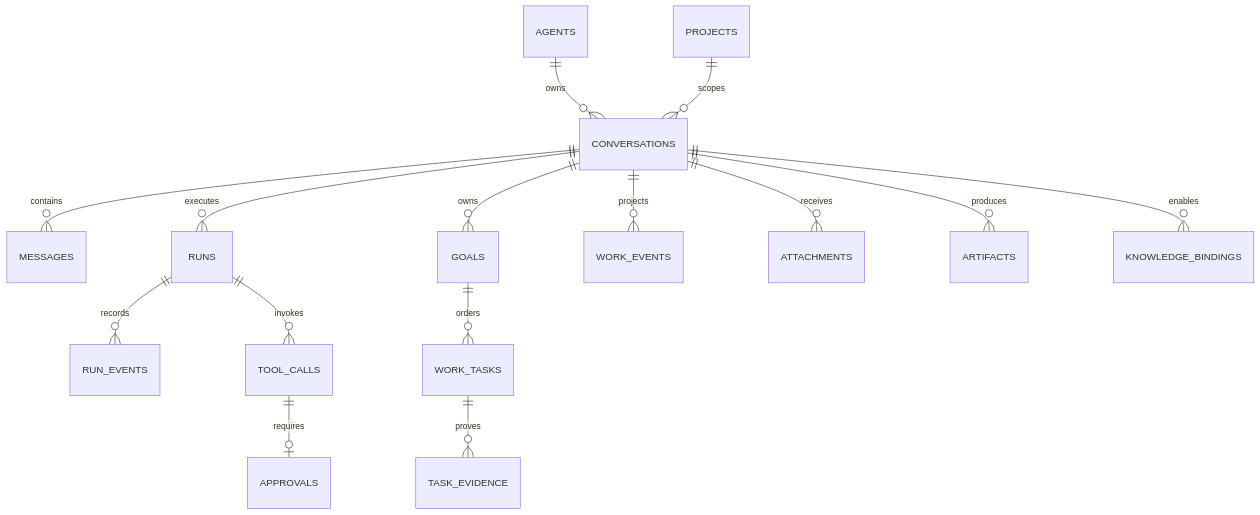
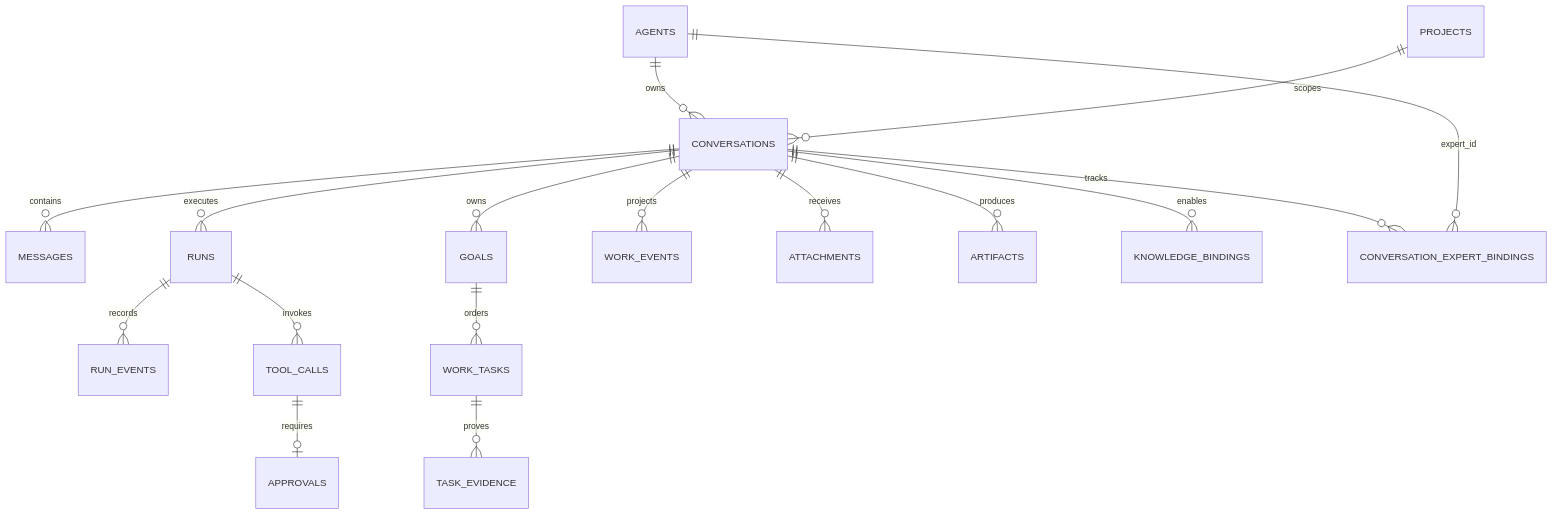
One commit to Hry1729/Fox-Agent changed the second of 2 diagrams in docs/02-架构/数据架构.md. Above: the diagram before and after it, drawn with Mermaid. The commit also changed other lines of this file and 1702 other files, not shown here.

````diff
--- a/docs/02-架构/数据架构.md
+++ b/docs/02-架构/数据架构.md
@@ -34,17 +34,19 @@
 ```mermaid
 erDiagram
     AGENTS ||--o{ CONVERSATIONS : owns
     PROJECTS ||--o{ CONVERSATIONS : scopes
     CONVERSATIONS ||--o{ MESSAGES : contains
     CONVERSATIONS ||--o{ RUNS : executes
     RUNS ||--o{ RUN_EVENTS : records
     RUNS ||--o{ TOOL_CALLS : invokes
     CONVERSATIONS ||--o{ GOALS : owns
     GOALS ||--o{ WORK_TASKS : orders
     WORK_TASKS ||--o{ TASK_EVIDENCE : proves
     CONVERSATIONS ||--o{ WORK_EVENTS : projects
     TOOL_CALLS ||--o| APPROVALS : requires
     CONVERSATIONS ||--o{ ATTACHMENTS : receives
     CONVERSATIONS ||--o{ ARTIFACTS : produces
     CONVERSATIONS ||--o{ KNOWLEDGE_BINDINGS : enables
+    CONVERSATIONS ||--o{ CONVERSATION_EXPERT_BINDINGS : tracks
+    AGENTS ||--o{ CONVERSATION_EXPERT_BINDINGS : expert_id
 ```
````
